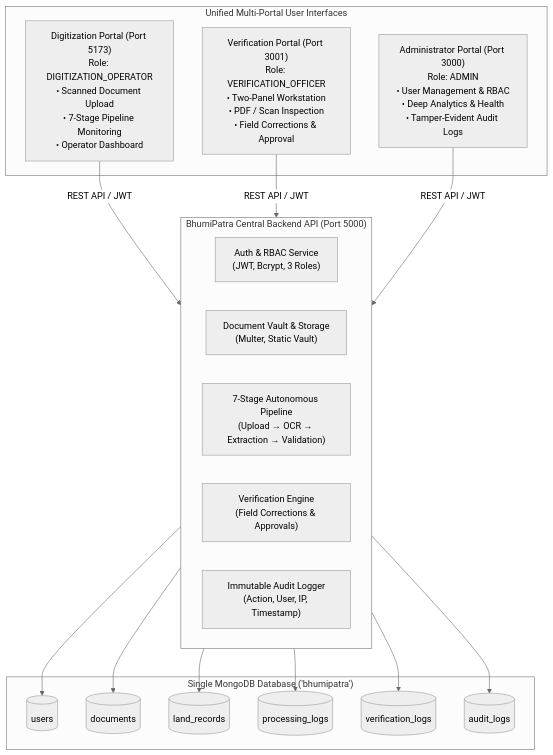
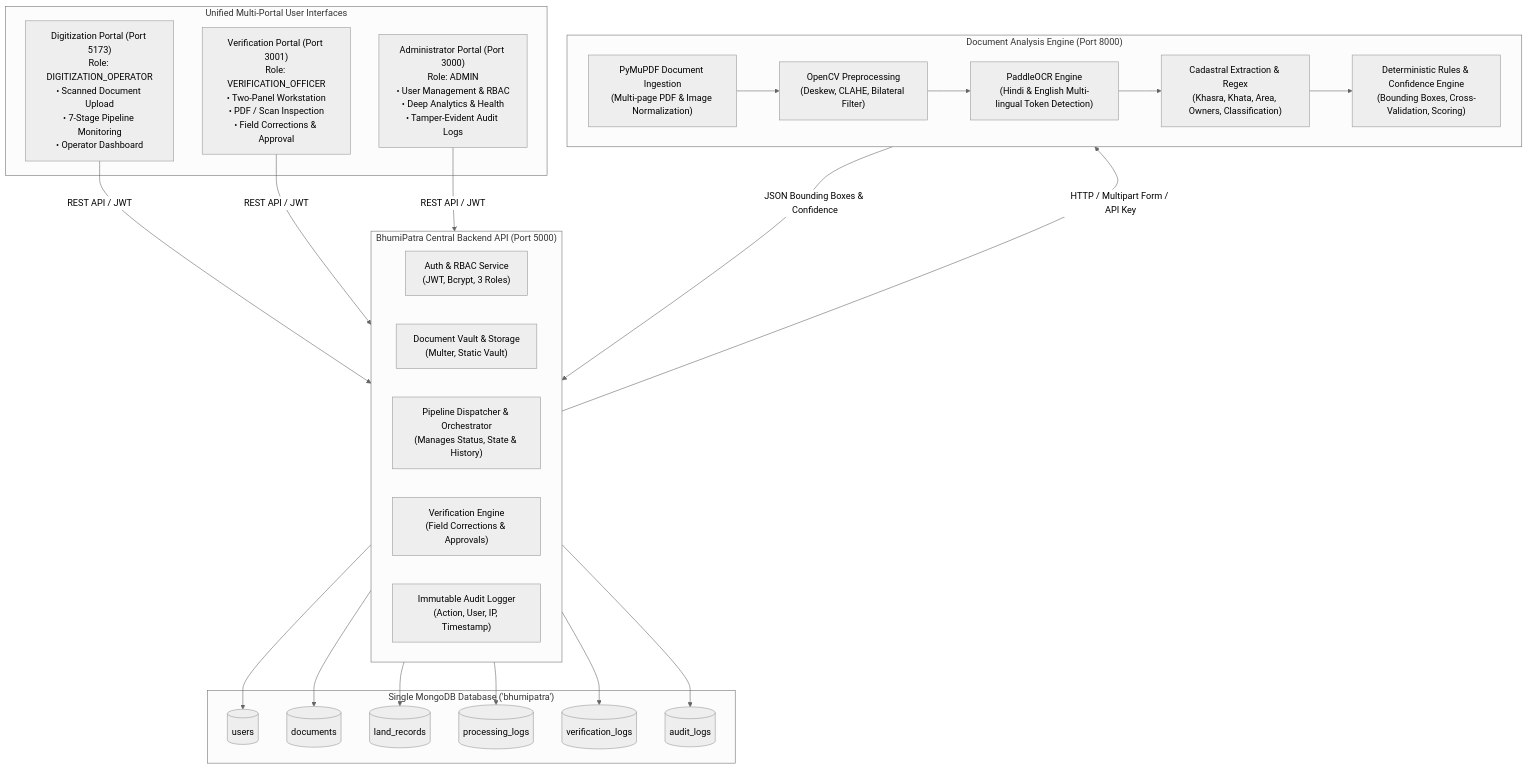
The diagram in README.md (PrakharTagra/BhumiPatra), drawn with Mermaid (neutral theme) before and after one commit. The commit also changed other lines of this file and 65 other files, not shown here.

Commit message:
document analysis Engine

````diff
--- a/README.md
+++ b/README.md
@@ -16,36 +17,48 @@
 ```mermaid
 flowchart TD
     subgraph Frontends ["Unified Multi-Portal User Interfaces"]
         DP["Digitization Portal (Port 5173)<br/>Role: DIGITIZATION_OPERATOR<br/>• Scanned Document Upload<br/>• 7-Stage Pipeline Monitoring<br/>• Operator Dashboard"]
         VP["Verification Portal (Port 3001)<br/>Role: VERIFICATION_OFFICER<br/>• Two-Panel Workstation<br/>• PDF / Scan Inspection<br/>• Field Corrections & Approval"]
         AP["Administrator Portal (Port 3000)<br/>Role: ADMIN<br/>• User Management & RBAC<br/>• Deep Analytics & Health<br/>• Tamper-Evident Audit Logs"]
     end
 
     subgraph CentralBackend ["BhumiPatra Central Backend API (Port 5000)"]
         AUTH["Auth & RBAC Service<br/>(JWT, Bcrypt, 3 Roles)"]
         DOCS["Document Vault & Storage<br/>(Multer, Static Vault)"]
-        PIPE["7-Stage Autonomous Pipeline<br/>(Upload → OCR → Extraction → Validation)"]
+        PIPE["Pipeline Dispatcher & Orchestrator<br/>(Manages Status, State & History)"]
         VERIF["Verification Engine<br/>(Field Corrections & Approvals)"]
         AUDIT["Immutable Audit Logger<br/>(Action, User, IP, Timestamp)"]
+    end
+
+    subgraph AnalysisEngine ["Document Analysis Engine (Port 8000)"]
+        PDF["PyMuPDF Document Ingestion<br/>(Multi-page PDF & Image Normalization)"]
+        PRE["OpenCV Preprocessing<br/>(Deskew, CLAHE, Bilateral Filter)"]
+        OCR["PaddleOCR Engine<br/>(Hindi & English Multi-lingual Token Detection)"]
+        EXT["Cadastral Extraction & Regex<br/>(Khasra, Khata, Area, Owners, Classification)"]
+        VAL["Deterministic Rules & Confidence Engine<br/>(Bounding Boxes, Cross-Validation, Scoring)"]
+        PDF --> PRE --> OCR --> EXT --> VAL
     end
 
     subgraph Database ["Single MongoDB Database ('bhumipatra')"]
         C1[("users")]
         C2[("documents")]
         C3[("land_records")]
         C4[("processing_logs")]
         C5[("verification_logs")]
         C6[("audit_logs")]
     end
 
     DP -->|REST API / JWT| CentralBackend
     VP -->|REST API / JWT| CentralBackend
     AP -->|REST API / JWT| CentralBackend
 
+    CentralBackend -->|HTTP / Multipart Form / API Key| AnalysisEngine
+    AnalysisEngine -->|JSON Bounding Boxes & Confidence| CentralBackend
+
     CentralBackend --> C1
     CentralBackend --> C2
     CentralBackend --> C3
     CentralBackend --> C4
     CentralBackend --> C5
     CentralBackend --> C6
 ```
````
